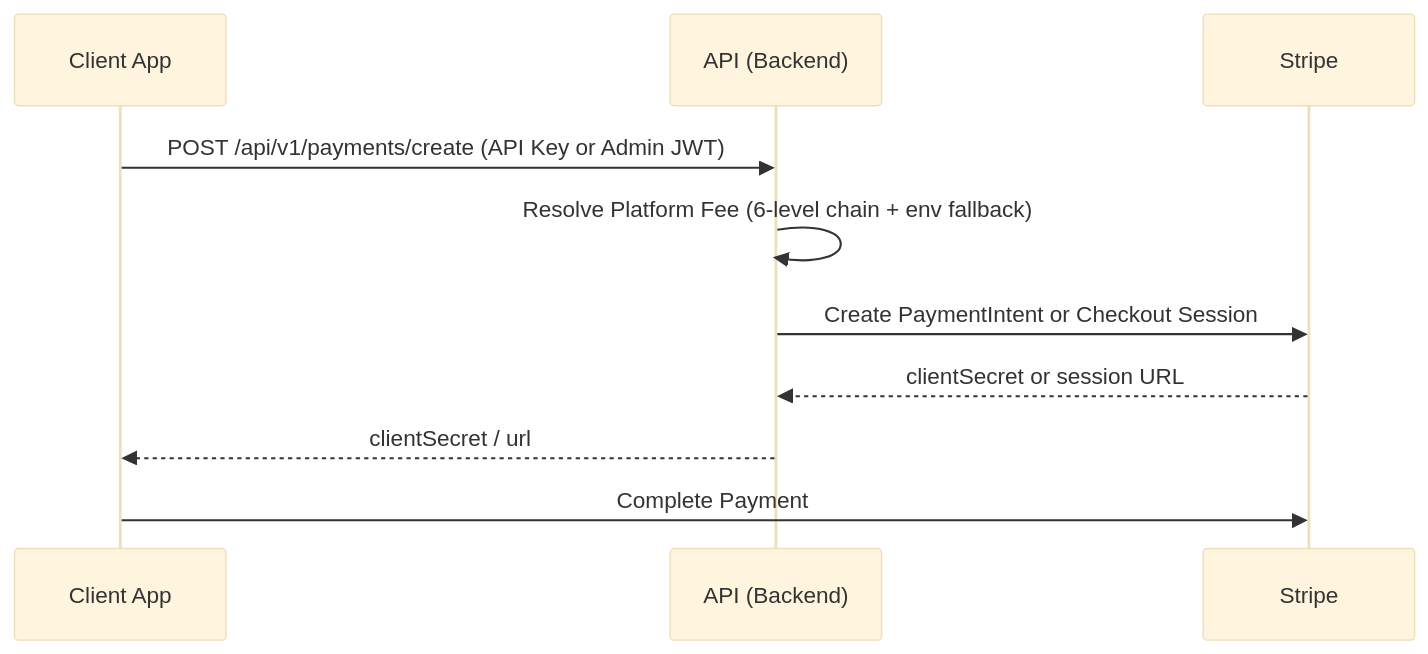
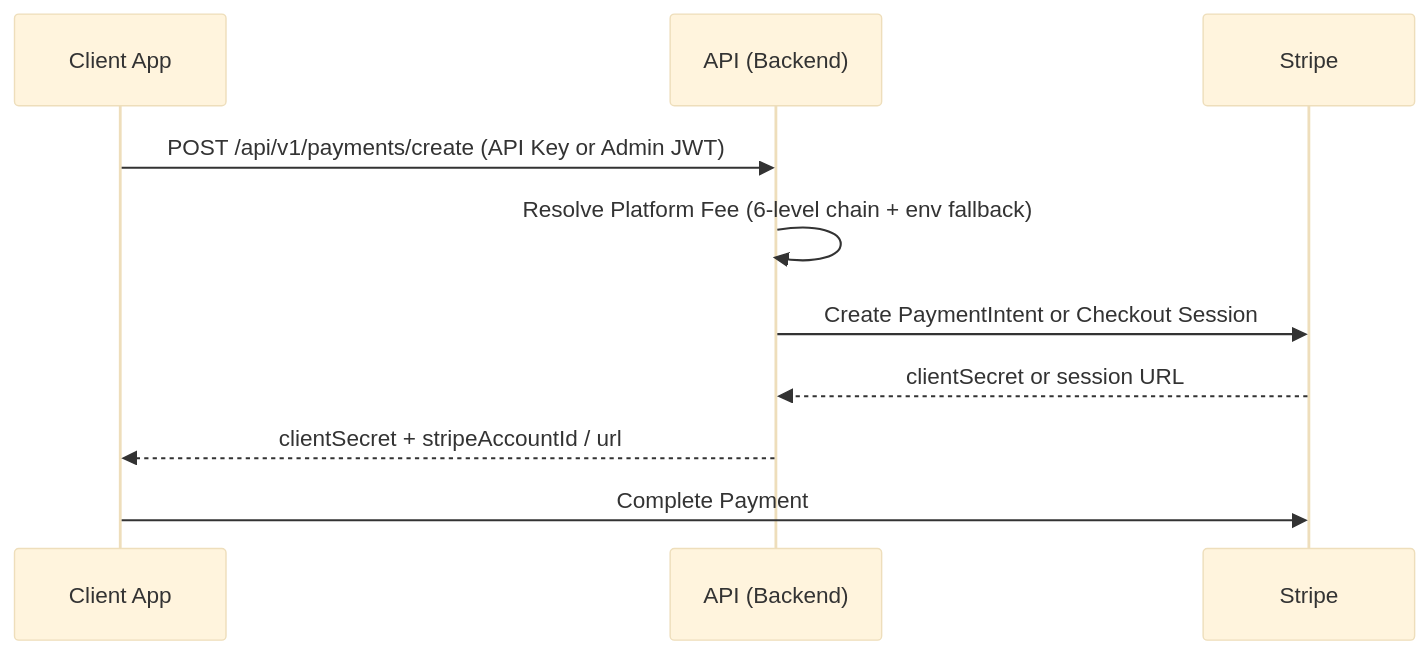
Before and after one commit to DFW-Software-Consulting/dfwsc2.0: the first of 2 diagrams in docs/ARCHITECTURE.md, drawn with Mermaid (base theme). The commit also changed other lines of this file and 6 other files, not shown here.

First line of the commit message:
feat(payments): return stripeAccountId + correct callback docs

````diff
--- a/docs/ARCHITECTURE.md
+++ b/docs/ARCHITECTURE.md
@@ -25,13 +25,13 @@
 ```mermaid
 sequenceDiagram
     participant C as Client App
     participant A as API (Backend)
     participant S as Stripe
 
     C->>A: POST /api/v1/payments/create (API Key or Admin JWT)
     A->>A: Resolve Platform Fee (6-level chain + env fallback)
     A->>S: Create PaymentIntent or Checkout Session
     S-->>A: clientSecret or session URL
-    A-->>C: clientSecret / url
+    A-->>C: clientSecret + stripeAccountId / url
     C->>S: Complete Payment
 ```
````
